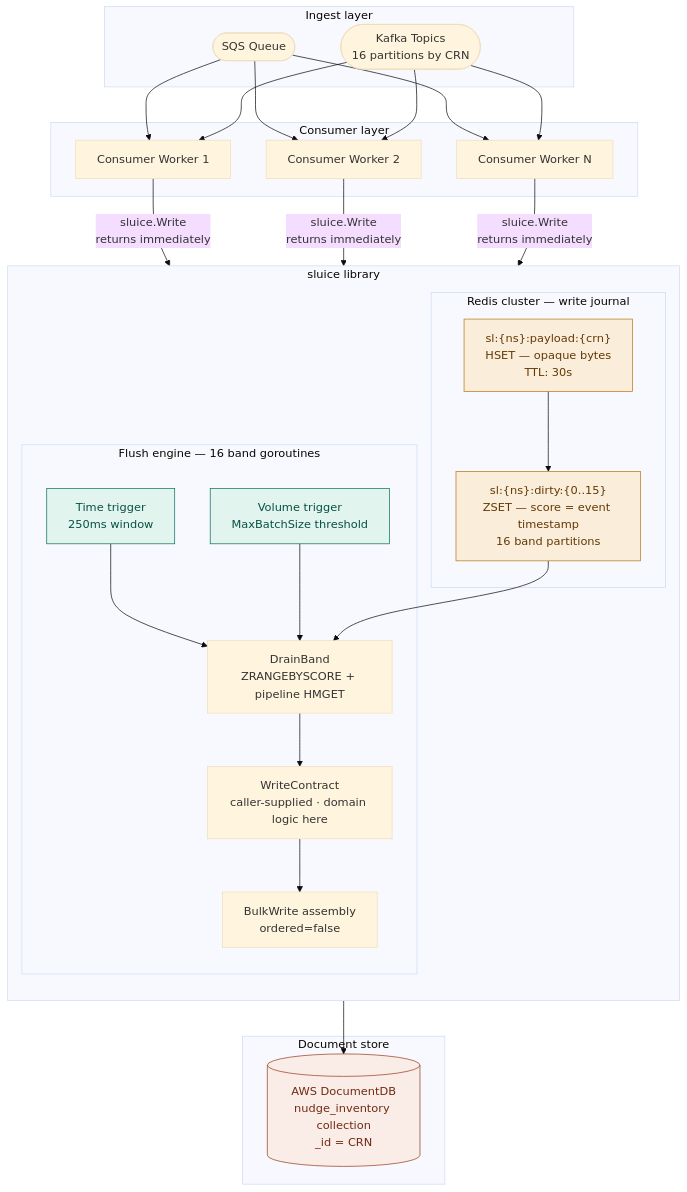
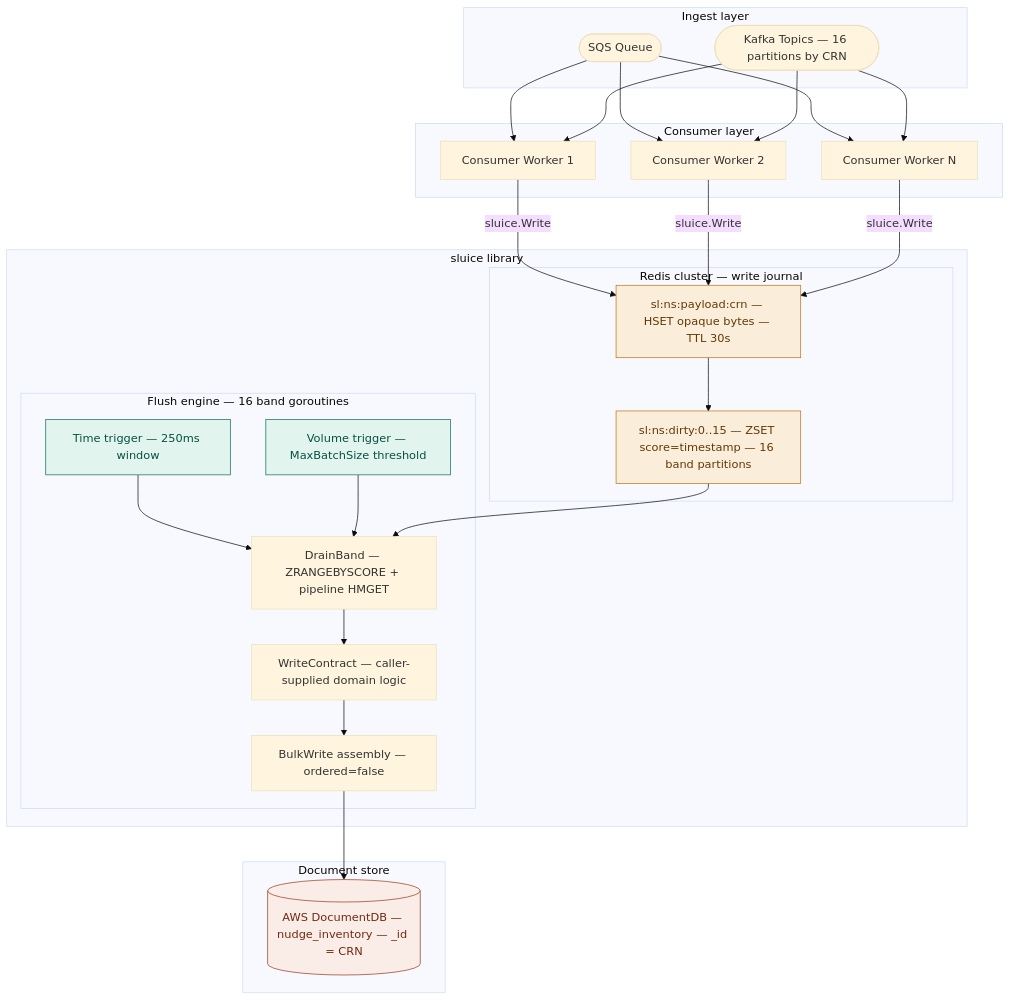
Before and after one commit to hussainpithawala/sluice-go: the eighth of 8 diagrams in README.md, drawn with Mermaid (base theme). The commit also changed other lines of this file, not shown here.

````diff
--- a/README.md
+++ b/README.md
@@ -255,51 +249,54 @@
 ```mermaid
 flowchart TD
-    subgraph "Ingest layer"
+    subgraph Ingest ["Ingest layer"]
         SQS([SQS Queue])
-        KAF([Kafka Topics\n16 partitions by CRN])
+        KAF(["Kafka Topics — 16 partitions by CRN"])
     end
 
-    subgraph "Consumer layer"
+    subgraph Consumers ["Consumer layer"]
         CW1[Consumer Worker 1]
         CW2[Consumer Worker 2]
         CWN[Consumer Worker N]
     end
 
-    subgraph "sluice library"
-        direction TB
-        subgraph "Redis cluster — write journal"
-            PH["sl:{ns}:payload:{crn}\nHSET — opaque bytes\nTTL: 30s"]
-            DS["sl:{ns}:dirty:{0..15}\nZSET — score = event timestamp\n16 band partitions"]
+    subgraph Library ["sluice library"]
+        subgraph Journal ["Redis cluster — write journal"]
+            PH["sl:ns:payload:crn — HSET opaque bytes — TTL 30s"]
+            DS["sl:ns:dirty:0..15 — ZSET score=timestamp — 16 band partitions"]
         end
-
-        subgraph "Flush engine — 16 band goroutines"
-            TT[Time trigger\n250ms window]
-            VT[Volume trigger\nMaxBatchSize threshold]
-            DR[DrainBand\nZRANGEBYSCORE + pipeline HMGET]
-            WC[WriteContract\ncaller-supplied · domain logic here]
-            BW[BulkWrite assembly\nordered=false]
+        subgraph Engine ["Flush engine — 16 band goroutines"]
+            TT["Time trigger — 250ms window"]
+            VT["Volume trigger — MaxBatchSize threshold"]
+            DR["DrainBand — ZRANGEBYSCORE + pipeline HMGET"]
+            WC["WriteContract — caller-supplied domain logic"]
+            BW["BulkWrite assembly — ordered=false"]
         end
     end
 
-    subgraph "Document store"
-        DB[(AWS DocumentDB\nnudge_inventory collection\n_id = CRN)]
+    subgraph Store ["Document store"]
+        DB[("AWS DocumentDB — nudge_inventory — _id = CRN")]
     end
 
-    SQS --> CW1 & CW2 & CWN
-    KAF --> CW1 & CW2 & CWN
-
-    CW1 & CW2 & CWN -->|sluice.Write\nreturns immediately| PH
+    SQS --> CW1
+    SQS --> CW2
+    SQS --> CWN
+    KAF --> CW1
+    KAF --> CW2
+    KAF --> CWN
+    CW1 -->|"sluice.Write"| PH
+    CW2 -->|"sluice.Write"| PH
+    CWN -->|"sluice.Write"| PH
     PH --> DS
-
-    TT & VT --> DR
+    TT --> DR
+    VT --> DR
     DS --> DR
     DR --> WC
     WC --> BW
     BW --> DB
 
     style PH fill:#FAEEDA,stroke:#BA7517,color:#633806
     style DS fill:#FAEEDA,stroke:#BA7517,color:#633806
     style DB fill:#FAECE7,stroke:#993C1D,color:#712B13
     style TT fill:#E1F5EE,stroke:#0F6E56,color:#085041
     style VT fill:#E1F5EE,stroke:#0F6E56,color:#085041
 ```
````
